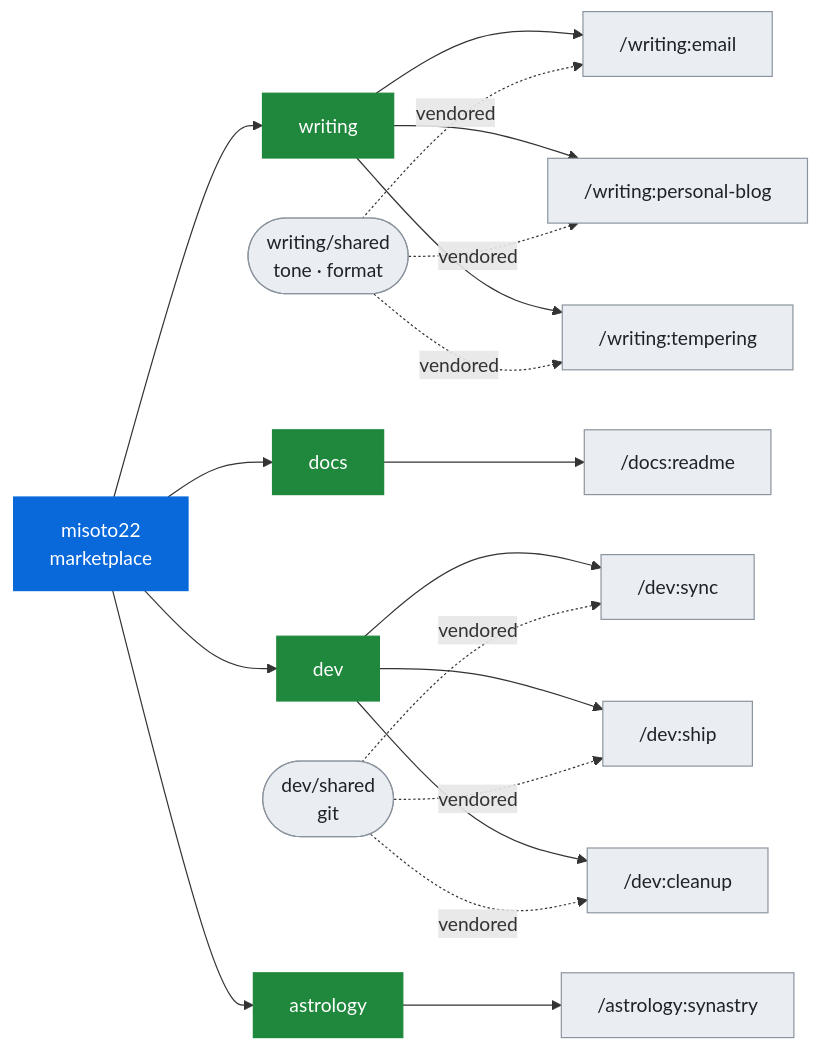
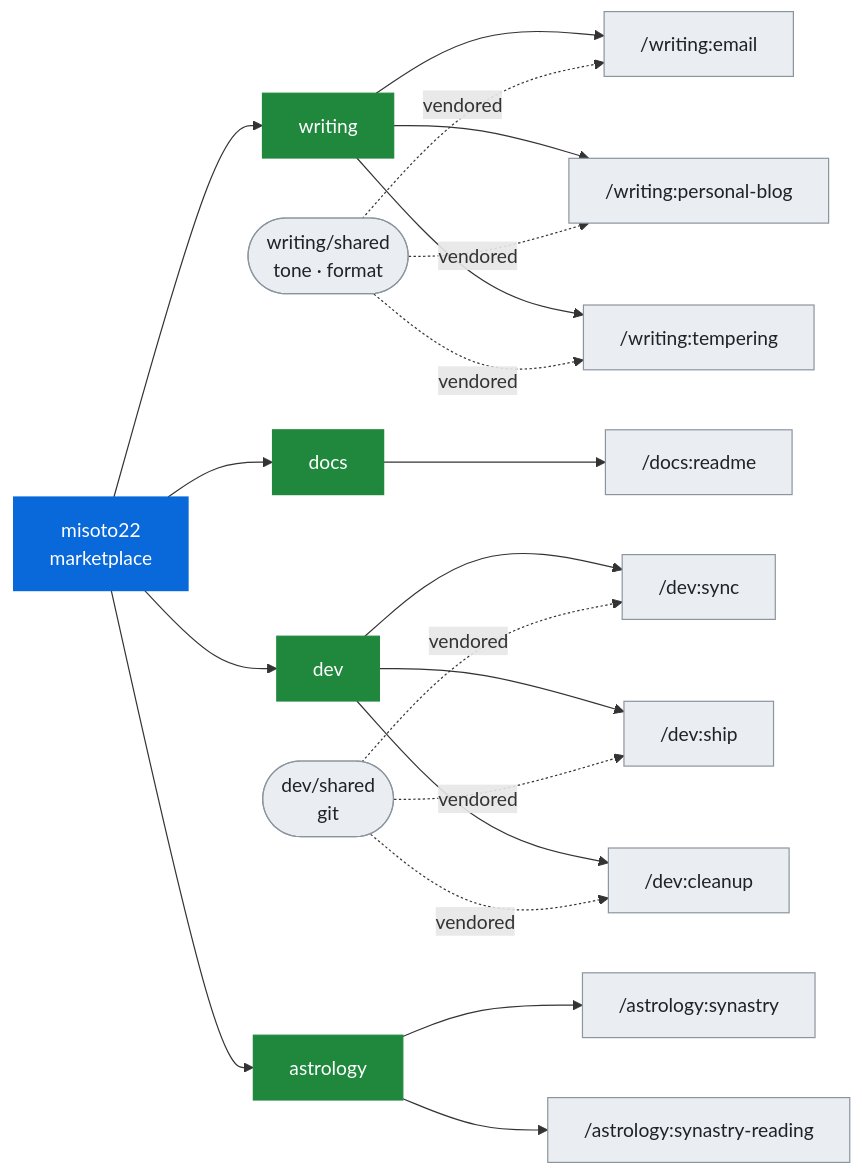
One commit to Misoto22/skills changed the diagram in README.md. Above: the diagram before and after it, drawn with Mermaid. The commit also changed other lines of this file and 19 other files, not shown here.

````diff
--- a/README.md
+++ b/README.md
@@ -198,17 +199,17 @@
 ```mermaid
 flowchart LR
   M["misoto22<br/>marketplace"] --> W["writing"] & D["docs"] & V["dev"] & A["astrology"]
   W --> E["/writing:email"] & PB["/writing:personal-blog"] & T["/writing:tempering"]
   D --> R["/docs:readme"]
   V --> SY["/dev:sync"] & SH["/dev:ship"] & CL["/dev:cleanup"]
-  A --> SN["/astrology:synastry"]
+  A --> SN["/astrology:synastry"] & SR["/astrology:synastry-reading"]
   SW(["writing/shared<br/>tone · format"]) -.vendored.-> E & PB & T
   SV(["dev/shared<br/>git"]) -.vendored.-> SY & SH & CL
 
   classDef m fill:#0969da,stroke:#0969da,color:#fff
   classDef p fill:#1f883d,stroke:#1f883d,color:#fff
   classDef s fill:#eaeef2,stroke:#8c959f,color:#1f2328
   class M m
   class W,D,V,A p
-  class E,PB,T,R,SY,SH,CL,SN,SW,SV s
+  class E,PB,T,R,SY,SH,CL,SN,SR,SW,SV s
 ```
````
